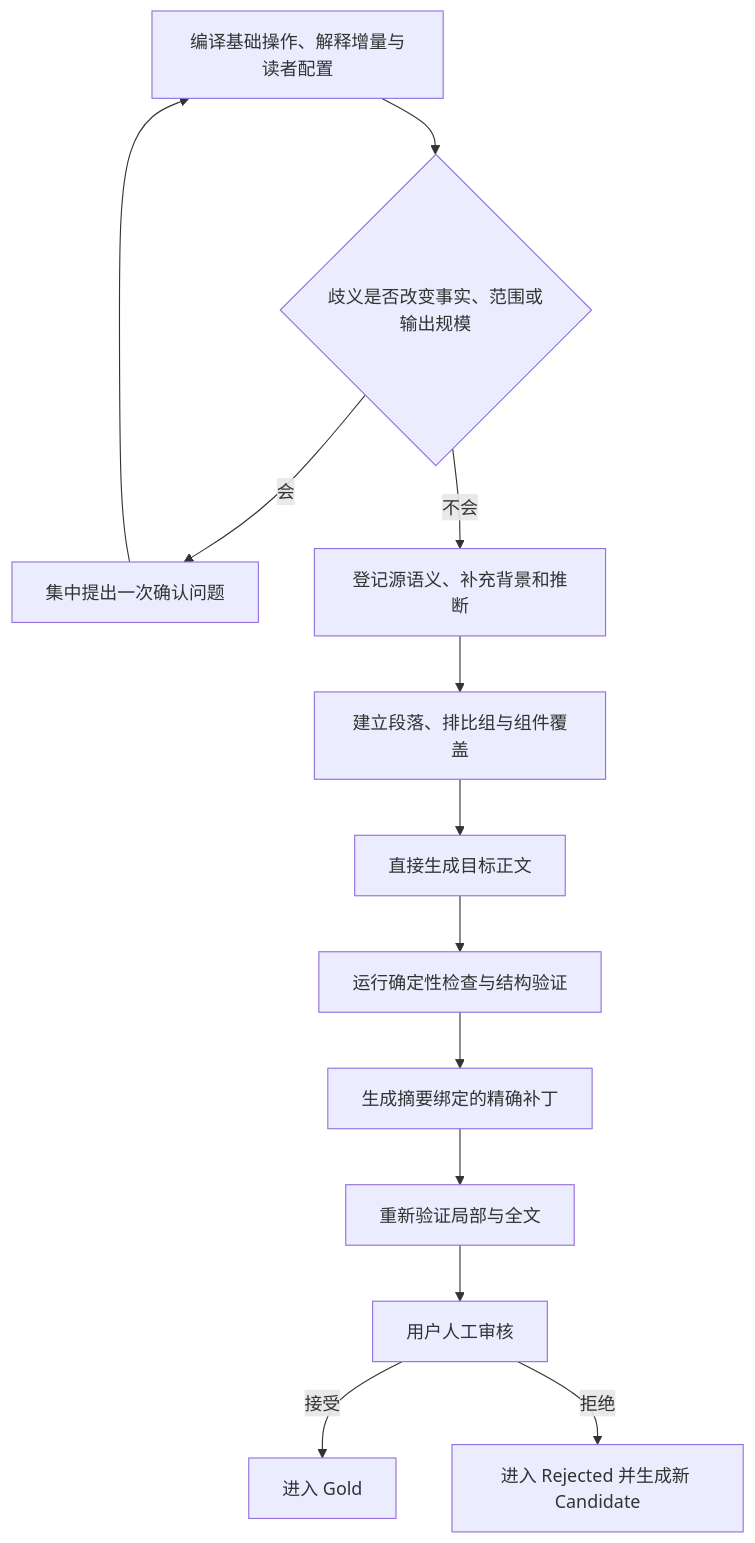
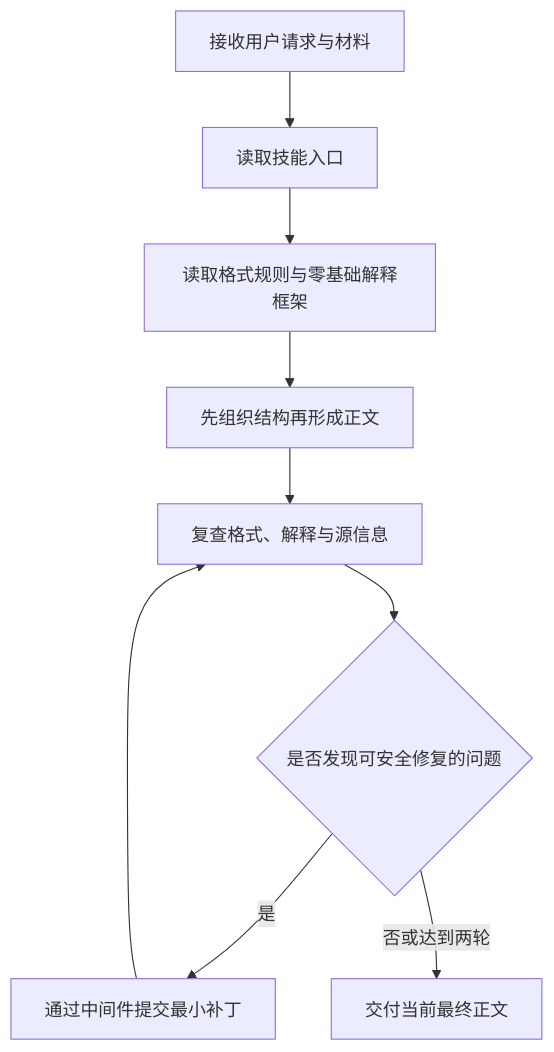
One commit to AIALRA-0/agent-human-readable-technical-writing changed the diagram in README.md. Above: the diagram before and after it, drawn with Mermaid. The commit also changed other lines of this file and 1 other file, not shown here.

````diff
--- a/README.md
+++ b/README.md
@@ -44,15 +78,11 @@
 ```mermaid
 flowchart TD
-    A[编译基础操作、解释增量与读者配置] --> B{歧义是否改变事实、范围或输出规模}
-    B -->|会| C[集中提出一次确认问题]
-    C --> A
-    B -->|不会| D[登记源语义、补充背景和推断]
-    D --> E[建立段落、排比组与组件覆盖]
-    E --> F[直接生成目标正文]
-    F --> G[运行确定性检查与结构验证]
-    G --> H[生成摘要绑定的精确补丁]
-    H --> I[重新验证局部与全文]
-    I --> J[用户人工审核]
-    J -->|接受| K[进入 Gold]
-    J -->|拒绝| L[进入 Rejected 并生成新 Candidate]
+    A[接收用户请求与材料] --> B[读取技能入口]
+    B --> C[读取格式规则与零基础解释框架]
+    C --> D[先组织结构再形成正文]
+    D --> E[复查格式、解释与源信息]
+    E --> F{是否发现可安全修复的问题}
+    F -->|是| G[通过中间件提交最小补丁]
+    G --> E
+    F -->|否或达到两轮| H[交付当前最终正文]
 ```
````
